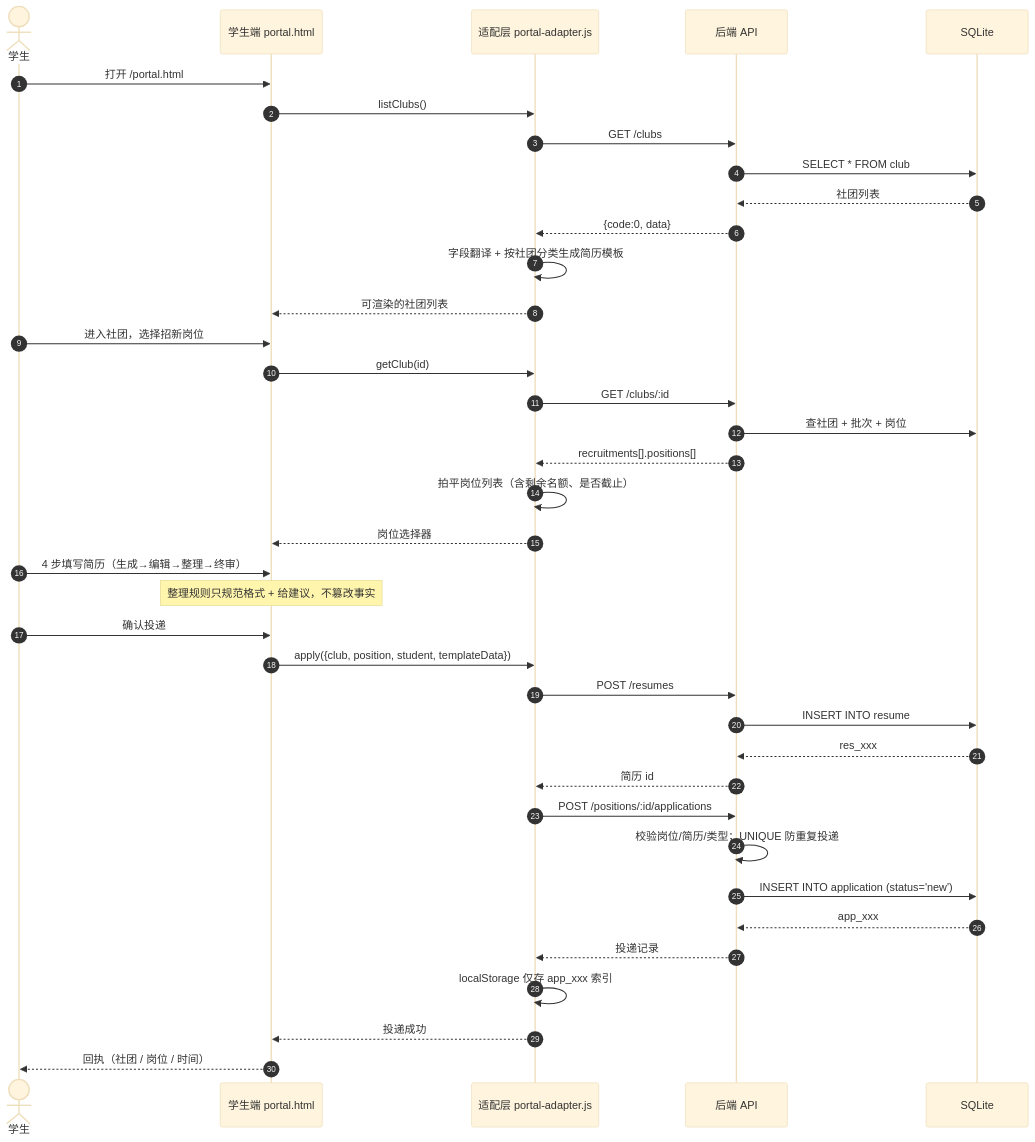
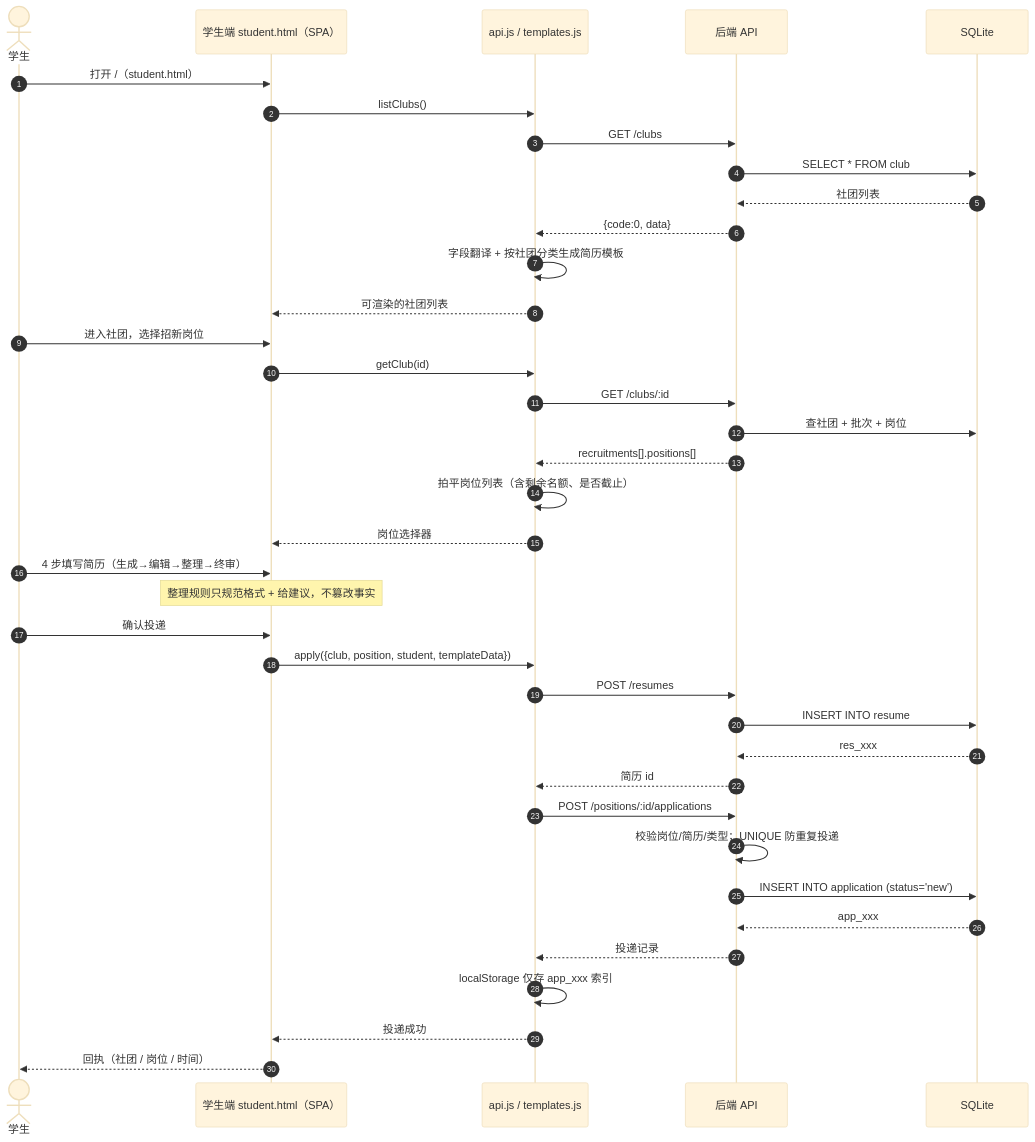
The third of 6 diagrams in docs/ARCHITECTURE.md (LLLDIOT/community), drawn with Mermaid (base theme) before and after one commit. The commit also changed other lines of this file and 25 other files, not shown here.

First line of the commit message:
feat(student): 学生端改为与社团端相同的 SPA 交互模式

````diff
--- a/docs/ARCHITECTURE.md
+++ b/docs/ARCHITECTURE.md
@@ -166,44 +166,44 @@
 ```mermaid
 sequenceDiagram
     autonumber
     actor S as 学生
-    participant P as 学生端 portal.html
-    participant AD as 适配层 portal-adapter.js
+    participant P as 学生端 student.html（SPA）
+    participant AD as api.js / templates.js
     participant API as 后端 API
     participant DB as SQLite
 
-    S->>P: 打开 /portal.html
+    S->>P: 打开 /（student.html）
     P->>AD: listClubs()
     AD->>API: GET /clubs
     API->>DB: SELECT * FROM club
     DB-->>API: 社团列表
     API-->>AD: {code:0, data}
     AD->>AD: 字段翻译 + 按社团分类生成简历模板
     AD-->>P: 可渲染的社团列表
 
     S->>P: 进入社团，选择招新岗位
     P->>AD: getClub(id)
     AD->>API: GET /clubs/:id
     API->>DB: 查社团 + 批次 + 岗位
     API-->>AD: recruitments[].positions[]
     AD->>AD: 拍平岗位列表（含剩余名额、是否截止）
     AD-->>P: 岗位选择器
 
     S->>P: 4 步填写简历（生成→编辑→整理→终审）
     Note over P: 整理规则只规范格式 + 给建议，不篡改事实
     S->>P: 确认投递
 
     P->>AD: apply({club, position, student, templateData})
     AD->>API: POST /resumes
     API->>DB: INSERT INTO resume
     DB-->>API: res_xxx
     API-->>AD: 简历 id
     AD->>API: POST /positions/:id/applications
     API->>API: 校验岗位/简历/类型；UNIQUE 防重复投递
     API->>DB: INSERT INTO application (status='new')
     DB-->>API: app_xxx
     API-->>AD: 投递记录
     AD->>AD: localStorage 仅存 app_xxx 索引
     AD-->>P: 投递成功
     P-->>S: 回执（社团 / 岗位 / 时间）
 ```
````
